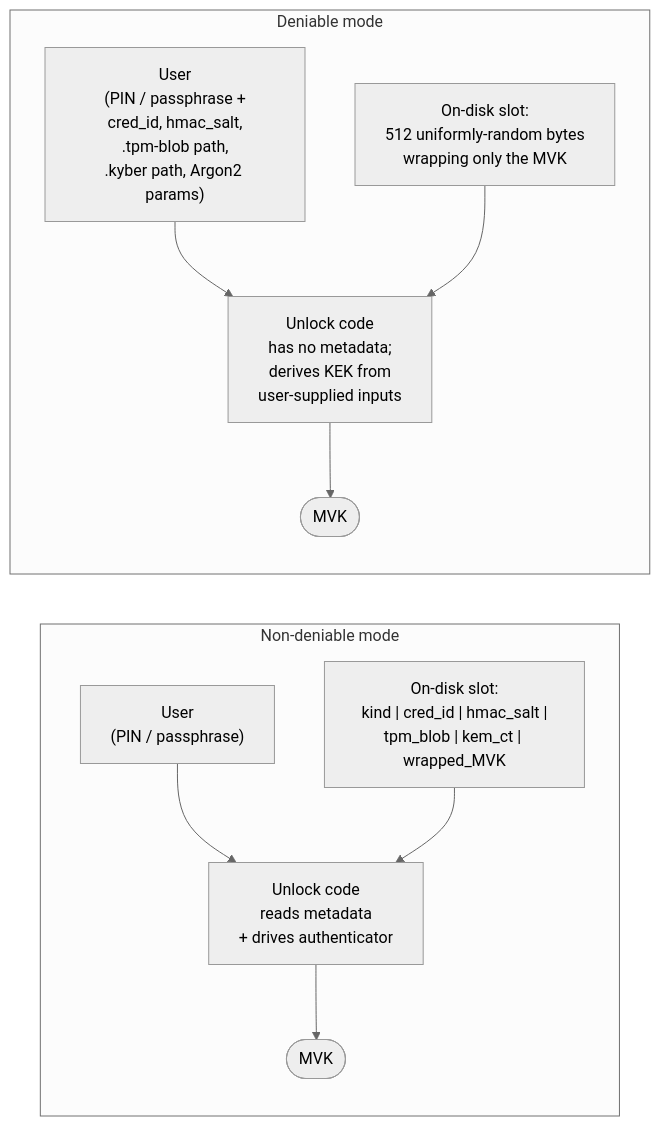
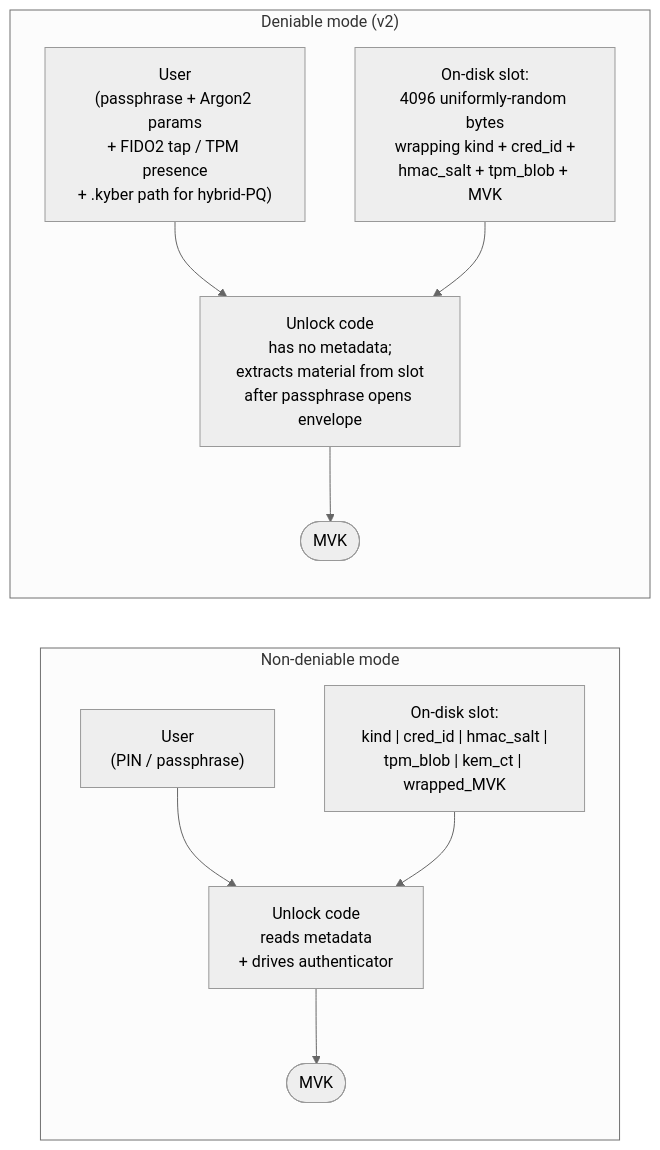
Before and after one commit to PentHertz/LUKSbox: the diagram in docs/DENIABLE_HEADER.md, drawn with Mermaid (neutral theme). The commit also changed other lines of this file and 11 other files, not shown here.

Commit message:
Embedding crypto params for TPM 2.0 and FIDO2 inside an encrypted envelope when using deniable mode

````diff
--- a/docs/DENIABLE_HEADER.md
+++ b/docs/DENIABLE_HEADER.md
@@ -401,21 +619,21 @@
 ```mermaid
 flowchart LR
   subgraph nd["Non-deniable mode"]
     direction TB
     nd_user["User<br/>(PIN / passphrase)"]
     nd_slot["On-disk slot:<br/>kind | cred_id | hmac_salt |<br/>tpm_blob | kem_ct | wrapped_MVK"]
     nd_unlock["Unlock code<br/>reads metadata<br/>+ drives authenticator"]
     nd_user --> nd_unlock
     nd_slot --> nd_unlock
     nd_unlock --> nd_mvk(["MVK"])
   end
-  subgraph d["Deniable mode"]
+  subgraph d["Deniable mode (v2)"]
     direction TB
-    d_user["User<br/>(PIN / passphrase +<br/>cred_id, hmac_salt,<br/>.tpm-blob path,<br/>.kyber path, Argon2 params)"]
-    d_slot["On-disk slot:<br/>512 uniformly-random bytes<br/>wrapping only the MVK"]
-    d_unlock["Unlock code<br/>has no metadata;<br/>derives KEK from<br/>user-supplied inputs"]
+    d_user["User<br/>(passphrase + Argon2 params<br/>+ FIDO2 tap / TPM presence<br/>+ .kyber path for hybrid-PQ)"]
+    d_slot["On-disk slot:<br/>4096 uniformly-random bytes<br/>wrapping kind + cred_id +<br/>hmac_salt + tpm_blob + MVK"]
+    d_unlock["Unlock code<br/>has no metadata;<br/>extracts material from slot<br/>after passphrase opens envelope"]
     d_user --> d_unlock
     d_slot --> d_unlock
     d_unlock --> d_mvk(["MVK"])
   end
 ```
````
